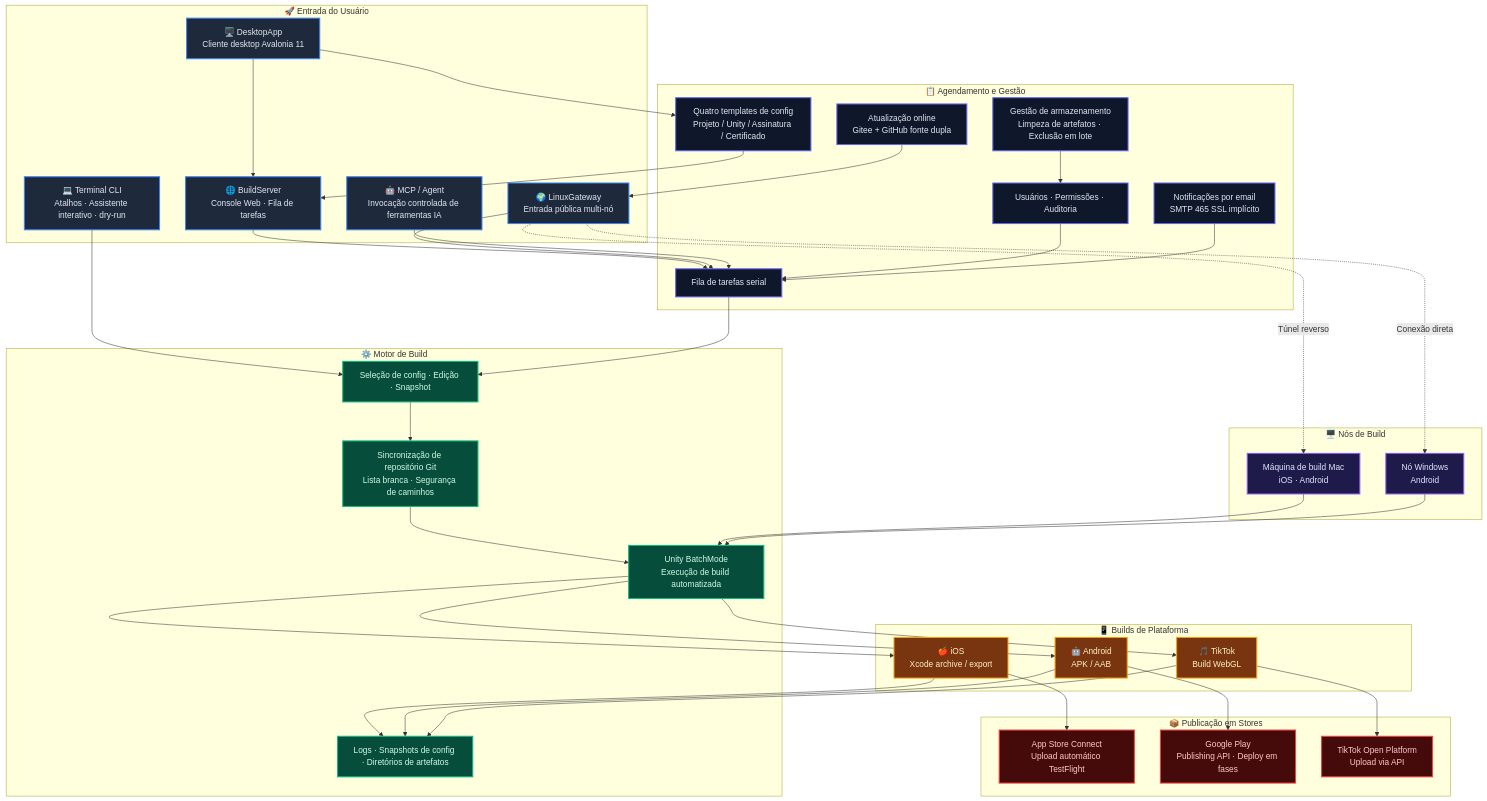
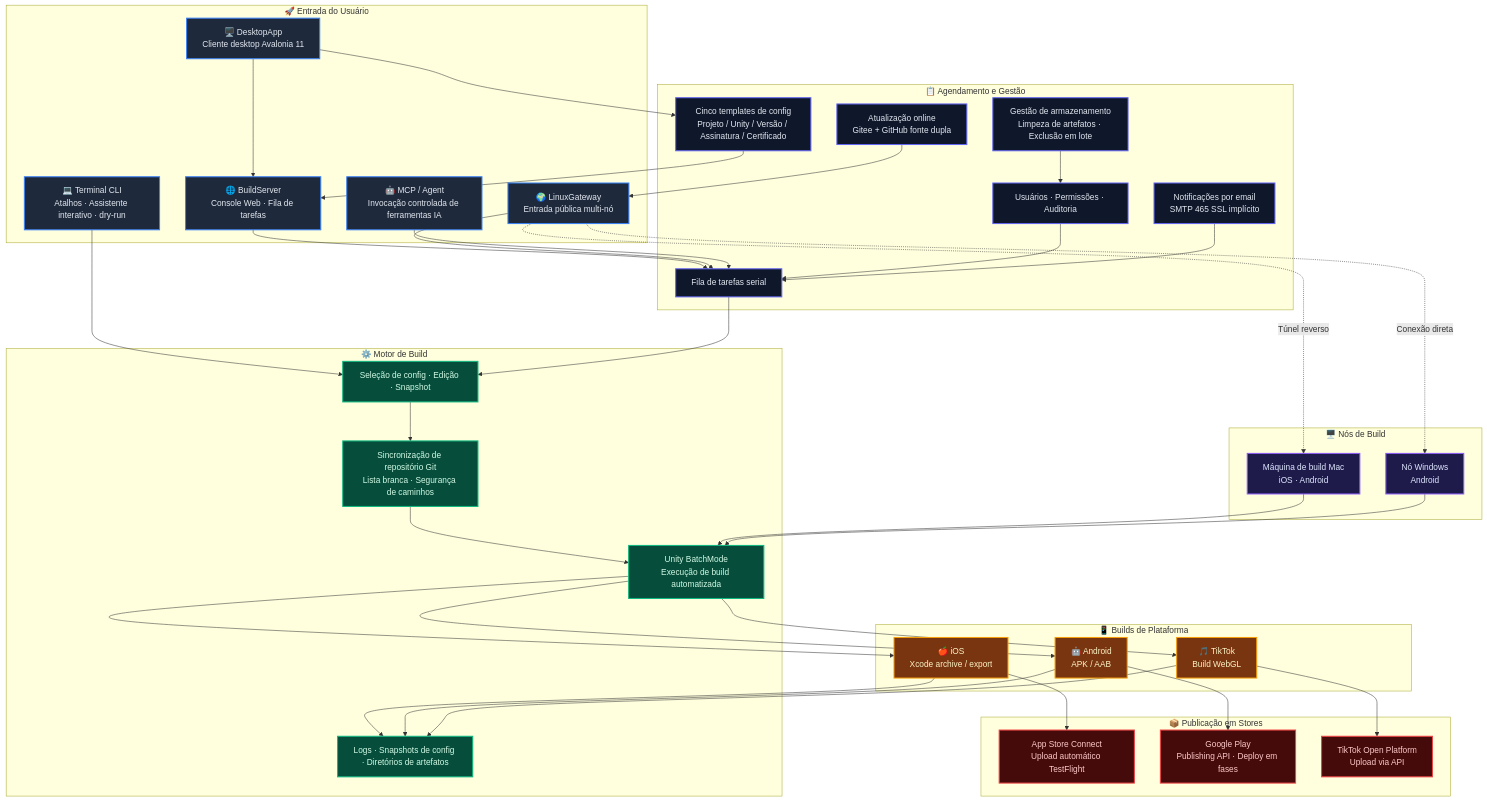
One commit to chenfengyimei/AutomationUnityBuild changed the diagram in README.pt.md. Above: the diagram before and after it, drawn with Mermaid. The commit also changed other lines of this file and 6 other files, not shown here.

```diff
--- a/README.pt.md
+++ b/README.pt.md
@@ -128,7 +160,7 @@
         Auth["Usuários · Permissões · Auditoria"]
         Email["Notificações por email<br/>SMTP 465 SSL implícito"]
         Storage["Gestão de armazenamento<br/>Limpeza de artefatos · Exclusão em lote"]
-        Templates["Quatro templates de config<br/>Projeto / Unity / Assinatura / Certificado"]
+        Templates["Cinco templates de config<br/>Projeto / Unity / Versão / Assinatura / Certificado"]
         AutoUpdate["Atualização online<br/>Gitee + GitHub fonte dupla"]
     end
 
```
